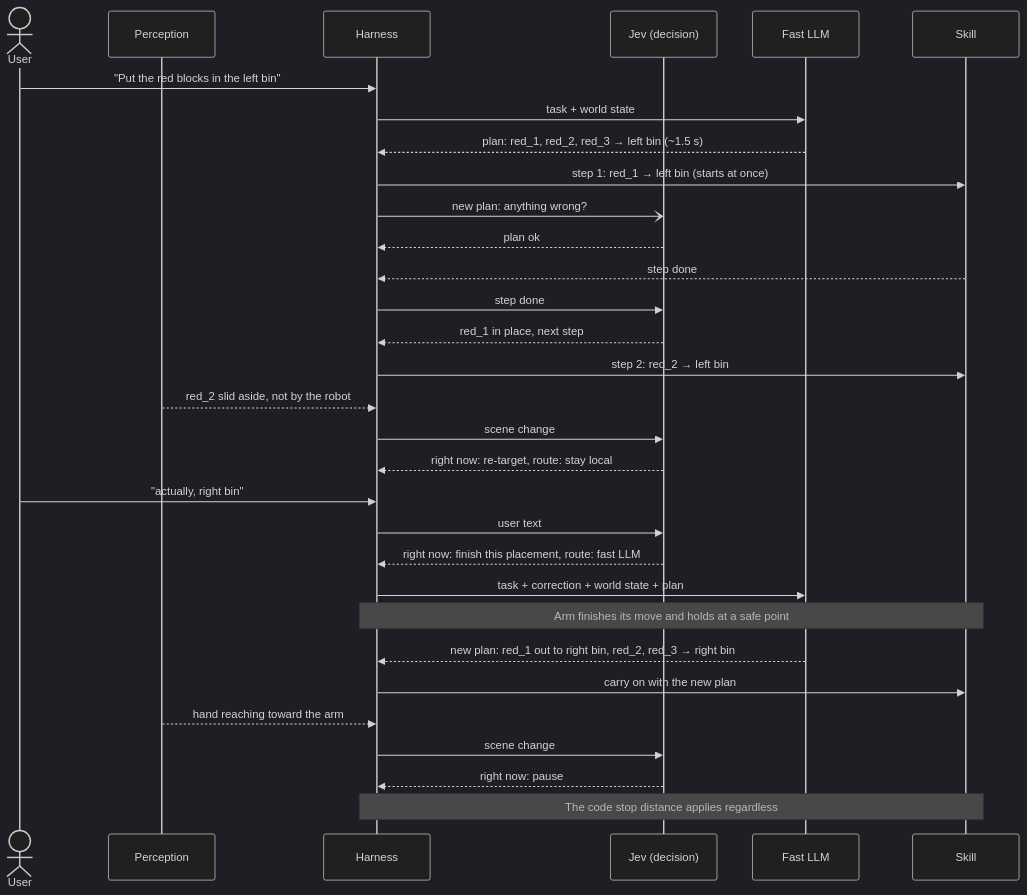
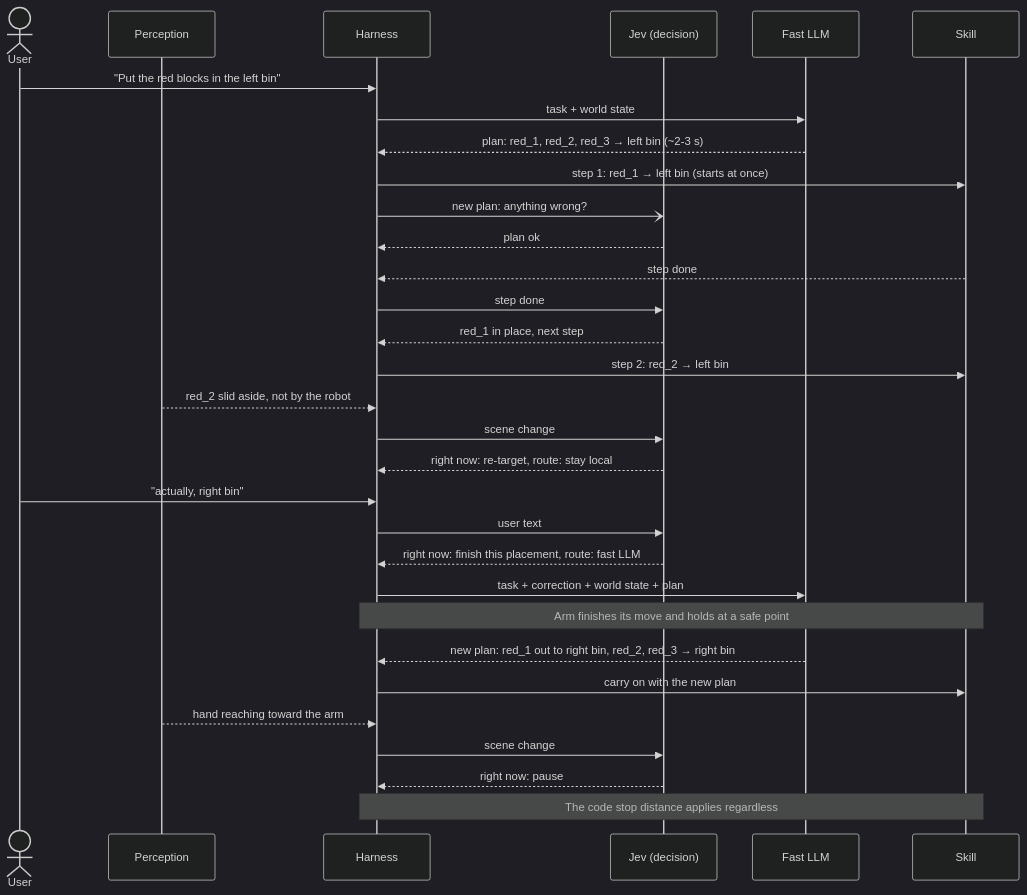
The third of 7 diagrams in docs/v2-diagrams.md (alee792/robojev), drawn with Mermaid (dark theme) before and after one commit. The commit also changed other lines of this file and 1 other file, not shown here.

````diff
--- a/docs/v2-diagrams.md
+++ b/docs/v2-diagrams.md
@@ -82,34 +82,34 @@
 ```mermaid
 sequenceDiagram
     actor U as User
     participant W as Perception
     participant H as Harness
     participant J as Jev (decision)
     participant L as Fast LLM
     participant K as Skill
 
     U->>H: "Put the red blocks in the left bin"
     H->>L: task + world state
-    L-->>H: plan: red_1, red_2, red_3 → left bin (~1.5 s)
+    L-->>H: plan: red_1, red_2, red_3 → left bin (~2-3 s)
     H->>K: step 1: red_1 → left bin (starts at once)
     H-)J: new plan: anything wrong?
     J-->>H: plan ok
     K-->>H: step done
     H->>J: step done
     J-->>H: red_1 in place, next step
     H->>K: step 2: red_2 → left bin
     W-->>H: red_2 slid aside, not by the robot
     H->>J: scene change
     J-->>H: right now: re-target, route: stay local
     U->>H: "actually, right bin"
     H->>J: user text
     J-->>H: right now: finish this placement, route: fast LLM
     H->>L: task + correction + world state + plan
     Note over H,K: Arm finishes its move and holds at a safe point
     L-->>H: new plan: red_1 out to right bin, red_2, red_3 → right bin
     H->>K: carry on with the new plan
     W-->>H: hand reaching toward the arm
     H->>J: scene change
     J-->>H: right now: pause
     Note over H,K: The code stop distance applies regardless
 ```
````
